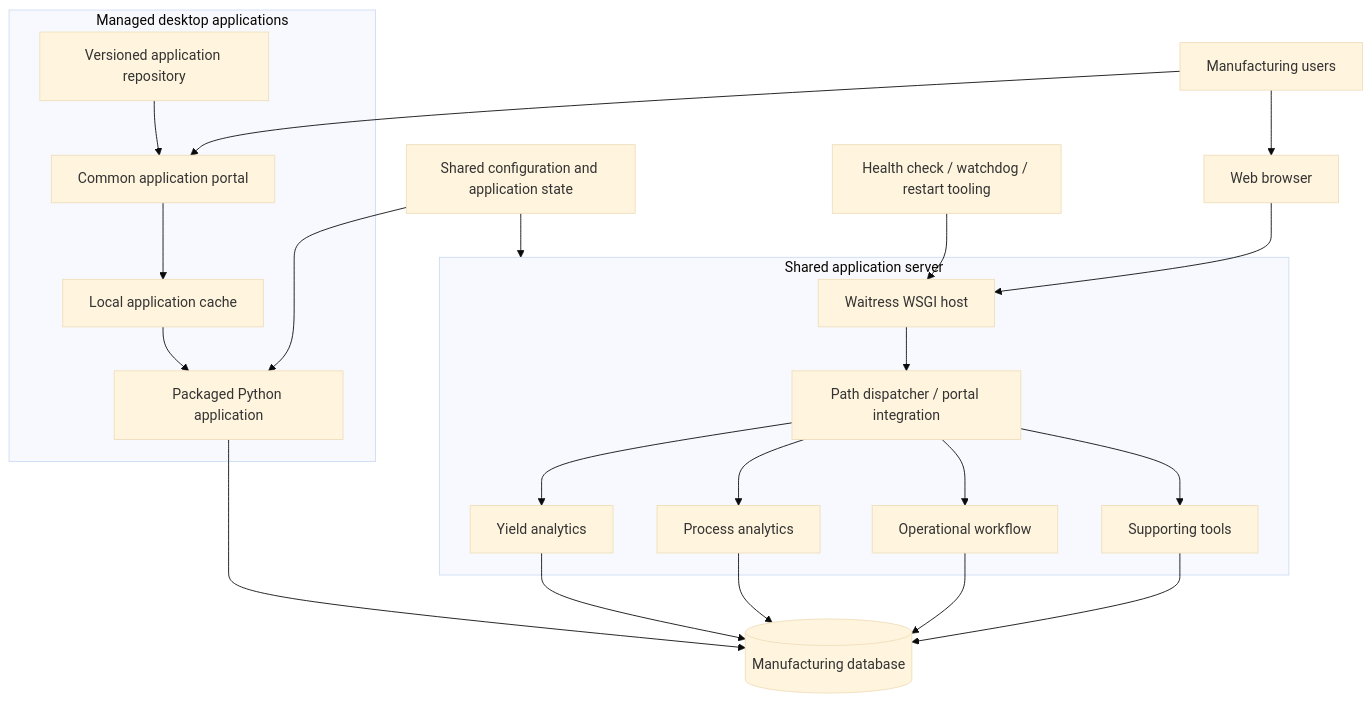
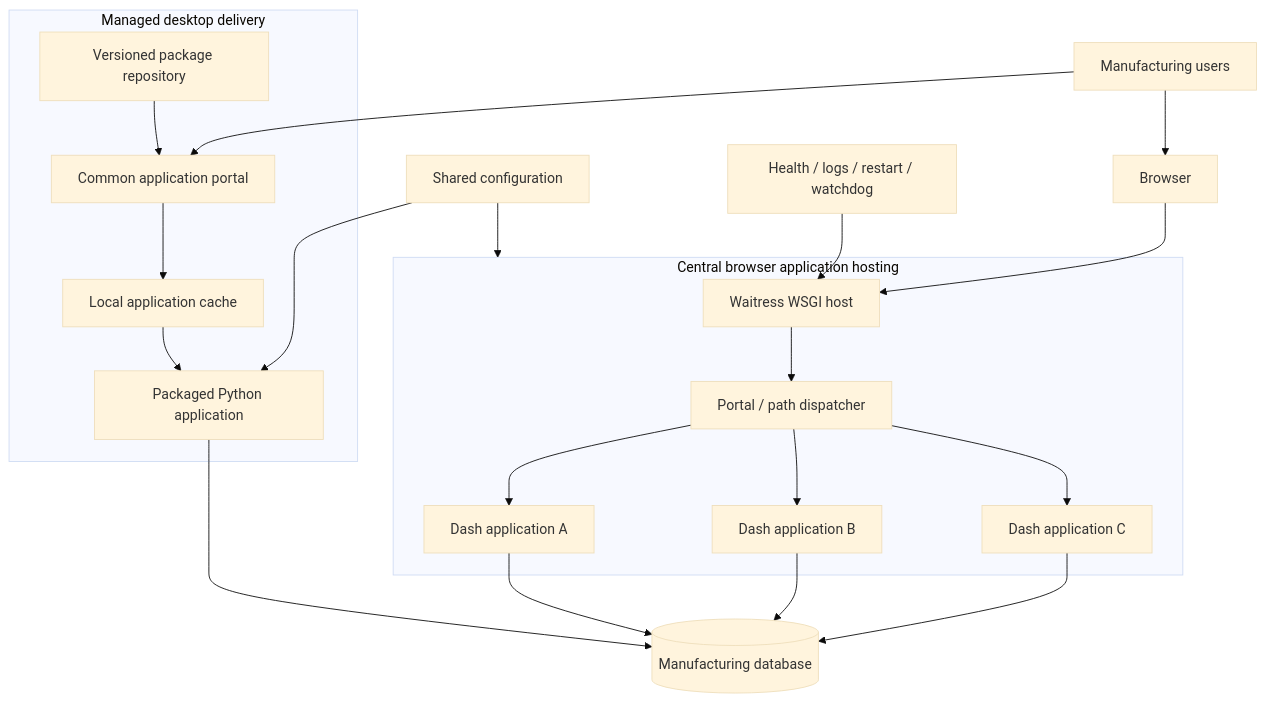
One commit to 4sy8zwp9hz-netizen/manufacturing-software-portfolio changed the seventh of 12 diagrams in docs/PLATFORM_ARCHITECTURE_EVOLUTION.md. Above: the diagram before and after it, drawn with Mermaid (base theme). The commit also changed other lines of this file, not shown here.

Commit message:
Refine platform evolution from local scripts to server hosting

````diff
--- a/docs/PLATFORM_ARCHITECTURE_EVOLUTION.md
+++ b/docs/PLATFORM_ARCHITECTURE_EVOLUTION.md
@@ -101,45 +363,40 @@
 ```mermaid
 flowchart TD
     USERS[Manufacturing users]
 
     USERS --> PORTAL[Common application portal]
-    USERS --> BROWSER[Web browser]
+    USERS --> BROWSER[Browser]
 
-    subgraph Desktop[Managed desktop applications]
-        DIST[Versioned application repository]
+    subgraph Desktop[Managed desktop delivery]
+        DIST[Versioned package repository]
         CACHE[Local application cache]
-        APP1[Packaged Python application]
+        EXE[Packaged Python application]
         DIST --> PORTAL
         PORTAL --> CACHE
-        CACHE --> APP1
+        CACHE --> EXE
     end
 
-    subgraph SharedHost[Shared application server]
-        HOST[Waitress WSGI host]
-        DISPATCH[Path dispatcher / portal integration]
-        YIELD[Yield analytics]
-        PROCESS[Process analytics]
-        OPS[Operational workflow]
-        SUPPORT[Supporting tools]
+    subgraph Server[Central browser application hosting]
+        WSGI[Waitress WSGI host]
+        DISPATCH[Portal / path dispatcher]
+        DASH1[Dash application A]
+        DASH2[Dash application B]
+        DASH3[Dash application C]
 
-        HOST --> DISPATCH
-        DISPATCH --> YIELD
-        DISPATCH --> PROCESS
-        DISPATCH --> OPS
-        DISPATCH --> SUPPORT
+        WSGI --> DISPATCH
+        DISPATCH --> DASH1
+        DISPATCH --> DASH2
+        DISPATCH --> DASH3
     end
 
-    BROWSER --> HOST
+    BROWSER --> WSGI
 
-    APP1 --> DB[(Manufacturing database)]
-    YIELD --> DB
-    PROCESS --> DB
-    OPS --> DB
-    SUPPORT --> DB
+    EXE --> DB[(Manufacturing database)]
+    DASH1 --> DB
+    DASH2 --> DB
+    DASH3 --> DB
 
-    CFG[Shared configuration and application state]
-    CFG --> APP1
-    CFG --> SharedHost
-
-    HEALTH[Health check / watchdog / restart tooling] --> HOST
+    CFG[Shared configuration] --> EXE
+    CFG --> Server
+    HEALTH[Health / logs / restart / watchdog] --> WSGI
 ```
````
